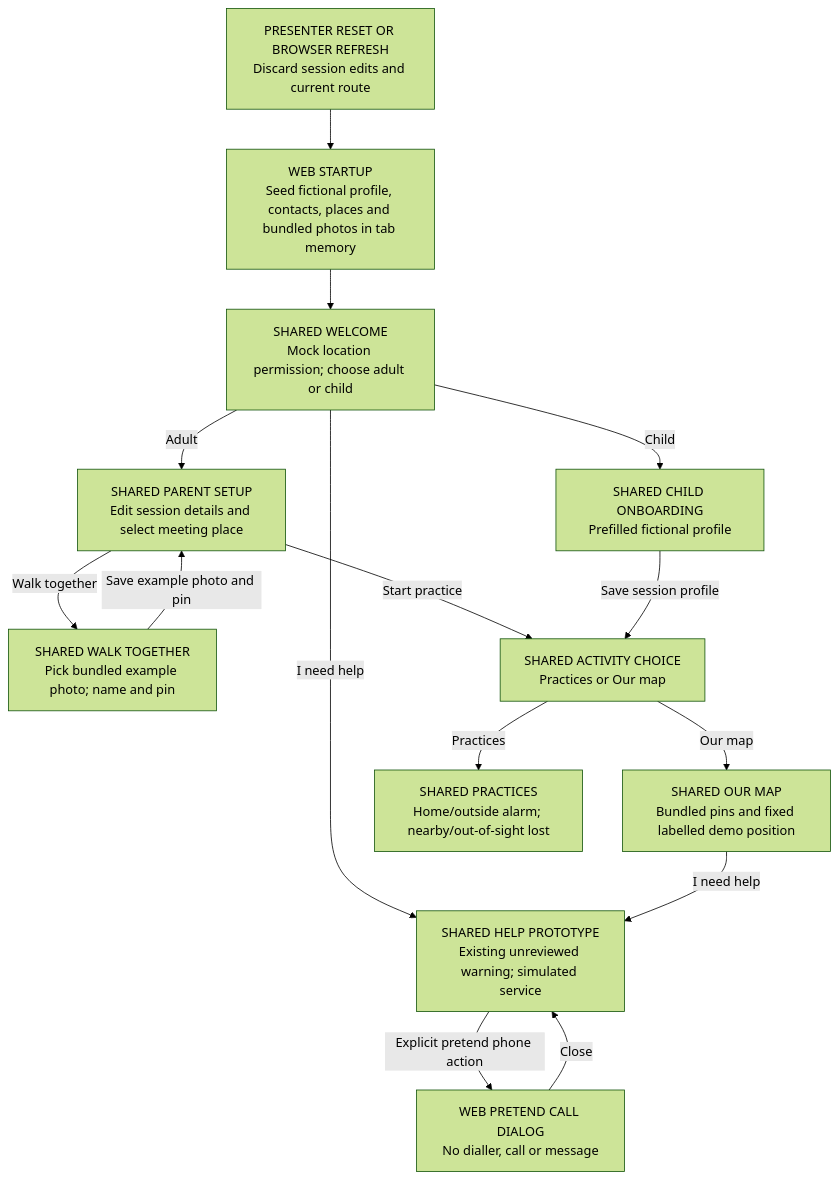
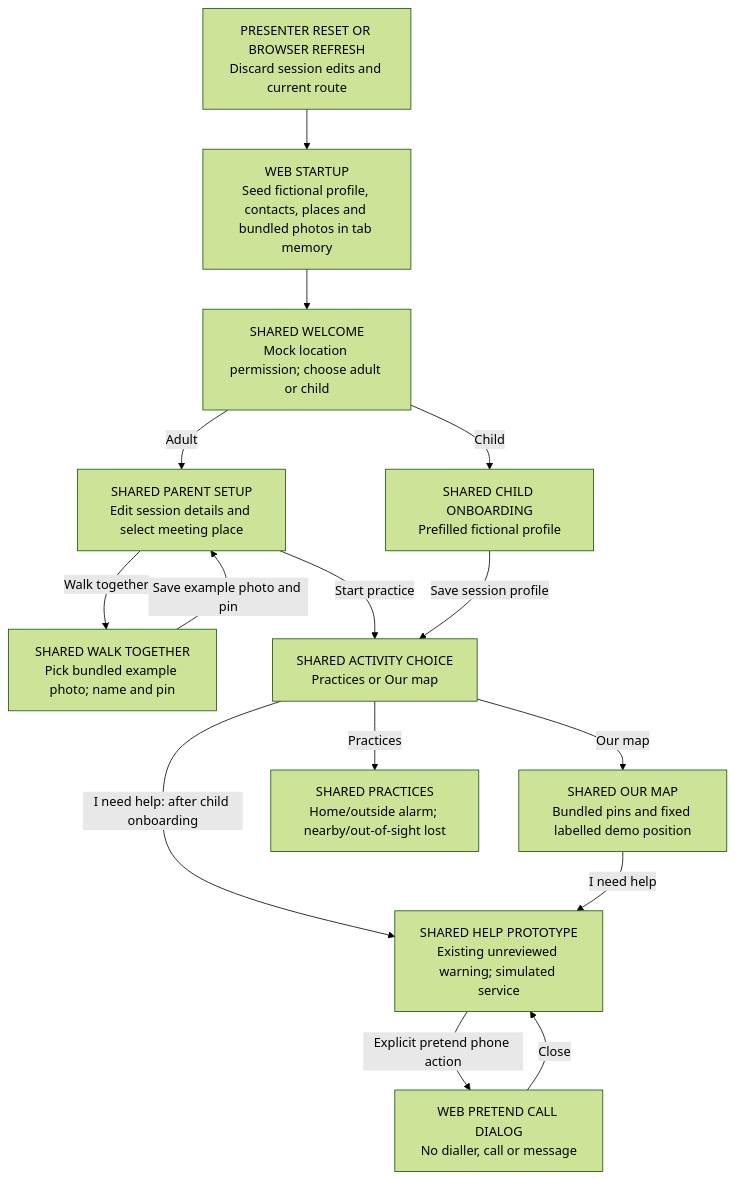
Before and after one commit to Mighty683/hackyeah: the second of 3 diagrams in docs/SCREEN_FLOW.md, drawn with Mermaid (forest theme). The commit also changed other lines of this file and 4 other files, not shown here.

Commit message:
Move help entry after child onboarding

````diff
--- a/docs/SCREEN_FLOW.md
+++ b/docs/SCREEN_FLOW.md
@@ -468,28 +468,28 @@
 ```mermaid
 flowchart TD
     WS["WEB STARTUP<br/>Seed fictional profile, contacts, places and bundled photos in tab memory"]
     WW["SHARED WELCOME<br/>Mock location permission; choose adult or child"]
     WP["SHARED PARENT SETUP<br/>Edit session details and select meeting place"]
     WL["SHARED WALK TOGETHER<br/>Pick bundled example photo; name and pin"]
     WC["SHARED CHILD ONBOARDING<br/>Prefilled fictional profile"]
     WA["SHARED ACTIVITY CHOICE<br/>Practices or Our map"]
     WM["SHARED OUR MAP<br/>Bundled pins and fixed labelled demo position"]
     WT["SHARED PRACTICES<br/>Home/outside alarm; nearby/out-of-sight lost"]
     WH["SHARED HELP PROTOTYPE<br/>Existing unreviewed warning; simulated service"]
     WD["WEB PRETEND CALL DIALOG<br/>No dialler, call or message"]
     WR["PRESENTER RESET OR BROWSER REFRESH<br/>Discard session edits and current route"]
     WS --> WW
     WW -->|Adult| WP
     WP -->|Walk together| WL
     WL -->|Save example photo and pin| WP
     WP -->|Start practice| WA
     WW -->|Child| WC
     WC -->|Save session profile| WA
     WA -->|Our map| WM
     WA -->|Practices| WT
-    WW -->|I need help| WH
+    WA -->|I need help: after child onboarding| WH
     WM -->|I need help| WH
     WH -->|Explicit pretend phone action| WD
     WD -->|Close| WH
     WR --> WS
 ```
````
